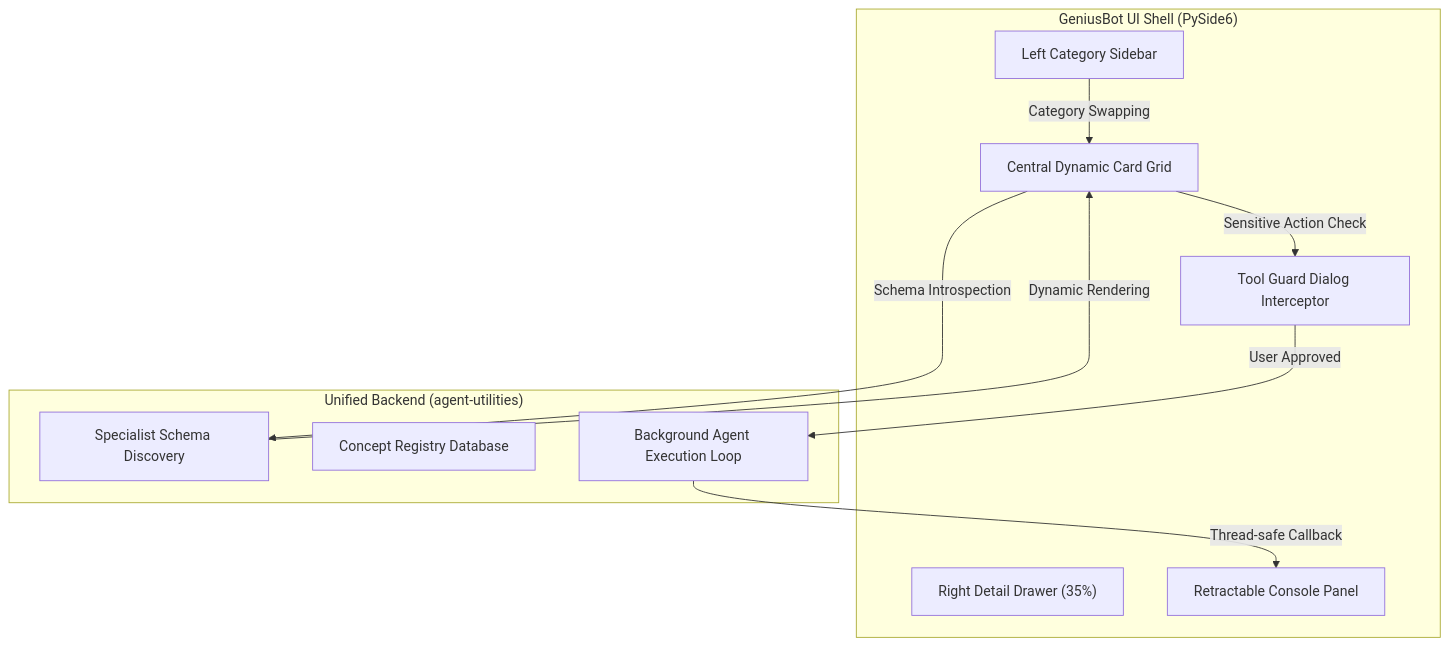
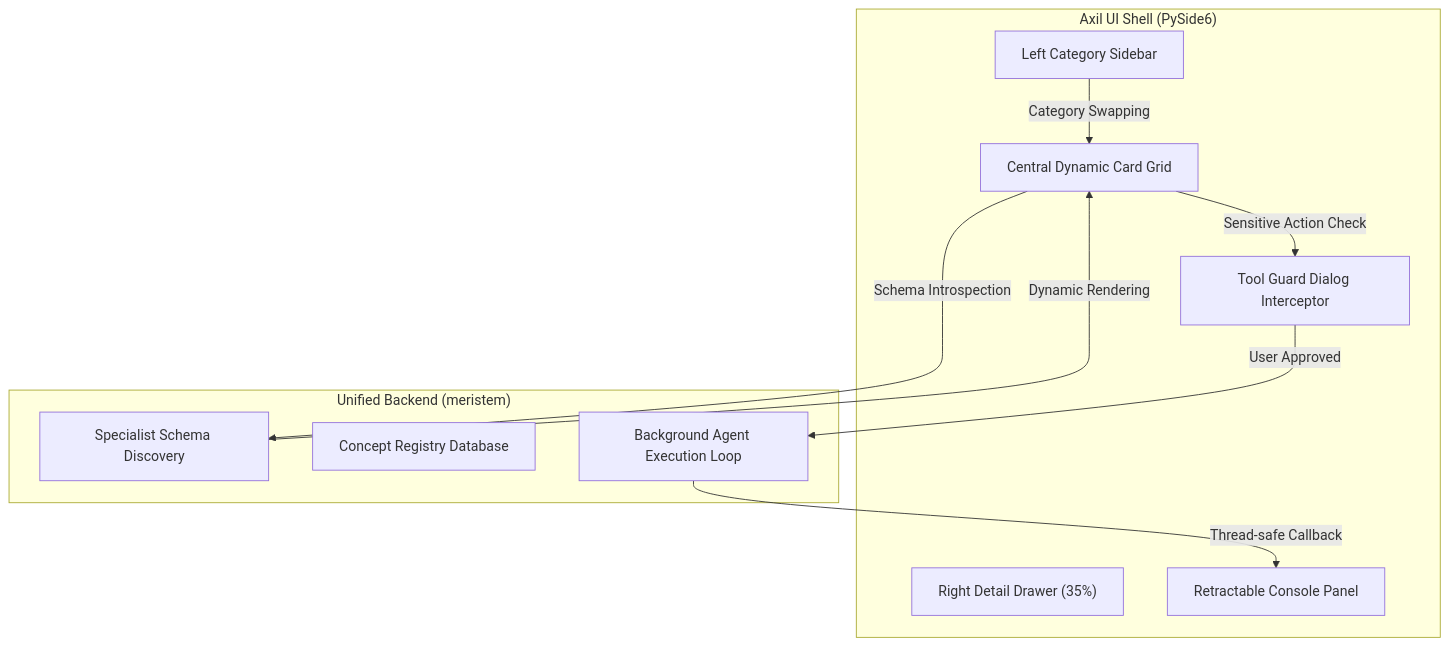
One commit to Knuckles-Team/geniusbot changed the diagram in docs/overview.md. Above: the diagram before and after it, drawn with Mermaid. The commit also changed other lines of this file and 164 other files, not shown here.

````diff
--- a/docs/overview.md
+++ b/docs/overview.md
@@ -11,23 +11,23 @@
 ```mermaid
 graph TD
-    subgraph UI ["GeniusBot UI Shell (PySide6)"]
+    subgraph UI ["Axil UI Shell (PySide6)"]
         Sidebar["Left Category Sidebar"]
         GridDeck["Central Dynamic Card Grid"]
         DetailDrawer["Right Detail Drawer (35%)"]
         ConsoleOverlay["Retractable Console Panel"]
         ToolGuard["Tool Guard Dialog Interceptor"]
     end
 
-    subgraph Engine ["Unified Backend (agent-utilities)"]
+    subgraph Engine ["Unified Backend (meristem)"]
         Discovery["Specialist Schema Discovery"]
         Registry["Concept Registry Database"]
         Executor["Background Agent Execution Loop"]
     end
 
     Sidebar -->|Category Swapping| GridDeck
     GridDeck -->|Schema Introspection| Discovery
     Discovery -->|Dynamic Rendering| GridDeck
     GridDeck -->|Sensitive Action Check| ToolGuard
     ToolGuard -->|User Approved| Executor
     Executor -->|Thread-safe Callback| ConsoleOverlay
 ```
````
